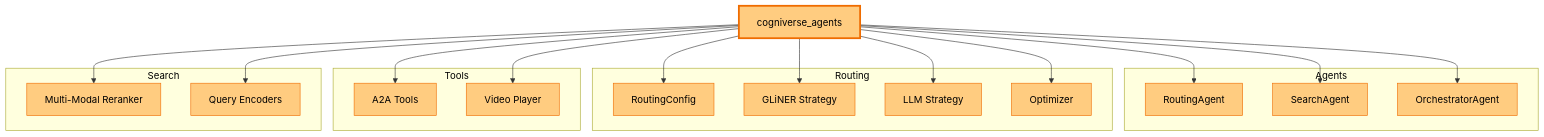
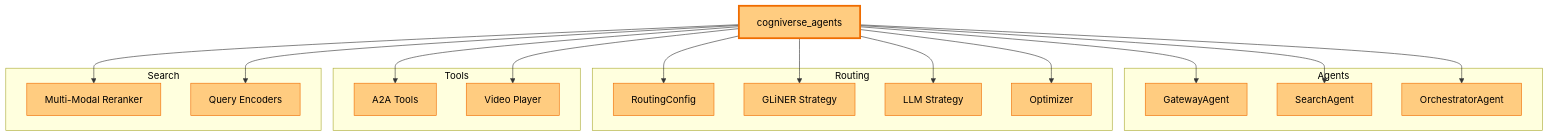
The sixth of 17 diagrams in docs/diagrams/sdk-architecture-diagrams.md (amit-jain/cogniverse), drawn with Mermaid before and after one commit. The commit also changed other lines of this file and 75 other files, not shown here.

First line of the commit message:
Remove RoutingAgent and replace with OrchestratorAgent dispatch

````diff
--- a/docs/diagrams/sdk-architecture-diagrams.md
+++ b/docs/diagrams/sdk-architecture-diagrams.md
@@ -295,52 +295,52 @@
 ```mermaid
 flowchart TB
     AgentsPkg["<span style='color:#000'>cogniverse_agents</span>"]
 
     subgraph AgentsSubg["<span style='color:#000'>Agents</span>"]
-        RoutingAgent["<span style='color:#000'>RoutingAgent</span>"]
+        GatewayAgent["<span style='color:#000'>GatewayAgent</span>"]
         SearchAgent["<span style='color:#000'>SearchAgent</span>"]
         OrchestratorAgent["<span style='color:#000'>OrchestratorAgent</span>"]
     end
 
     subgraph RoutingSubg["<span style='color:#000'>Routing</span>"]
         RoutingConfig["<span style='color:#000'>RoutingConfig</span>"]
         GLiNERStrategy["<span style='color:#000'>GLiNER Strategy</span>"]
         LLMStrategy["<span style='color:#000'>LLM Strategy</span>"]
         Optimizer["<span style='color:#000'>Optimizer</span>"]
     end
 
     subgraph ToolsSubg["<span style='color:#000'>Tools</span>"]
         A2ATools["<span style='color:#000'>A2A Tools</span>"]
         VideoPlayer["<span style='color:#000'>Video Player</span>"]
     end
 
     subgraph SearchSubg["<span style='color:#000'>Search</span>"]
         Reranker["<span style='color:#000'>Multi-Modal Reranker</span>"]
         QueryEncoders["<span style='color:#000'>Query Encoders</span>"]
     end
 
-    AgentsPkg --> RoutingAgent
+    AgentsPkg --> GatewayAgent
     AgentsPkg --> SearchAgent
     AgentsPkg --> OrchestratorAgent
     AgentsPkg --> RoutingConfig
     AgentsPkg --> GLiNERStrategy
     AgentsPkg --> LLMStrategy
     AgentsPkg --> Optimizer
     AgentsPkg --> Reranker
     AgentsPkg --> QueryEncoders
     AgentsPkg --> A2ATools
     AgentsPkg --> VideoPlayer
 
     style AgentsPkg fill:#ffcc80,stroke:#ef6c00,stroke-width:3px,color:#000
-    style RoutingAgent fill:#ffcc80,stroke:#ef6c00,color:#000
+    style GatewayAgent fill:#ffcc80,stroke:#ef6c00,color:#000
     style SearchAgent fill:#ffcc80,stroke:#ef6c00,color:#000
     style OrchestratorAgent fill:#ffcc80,stroke:#ef6c00,color:#000
     style RoutingConfig fill:#ffcc80,stroke:#ef6c00,color:#000
     style GLiNERStrategy fill:#ffcc80,stroke:#ef6c00,color:#000
     style LLMStrategy fill:#ffcc80,stroke:#ef6c00,color:#000
     style Optimizer fill:#ffcc80,stroke:#ef6c00,color:#000
     style Reranker fill:#ffcc80,stroke:#ef6c00,color:#000
     style QueryEncoders fill:#ffcc80,stroke:#ef6c00,color:#000
     style A2ATools fill:#ffcc80,stroke:#ef6c00,color:#000
     style VideoPlayer fill:#ffcc80,stroke:#ef6c00,color:#000
 ```
````
